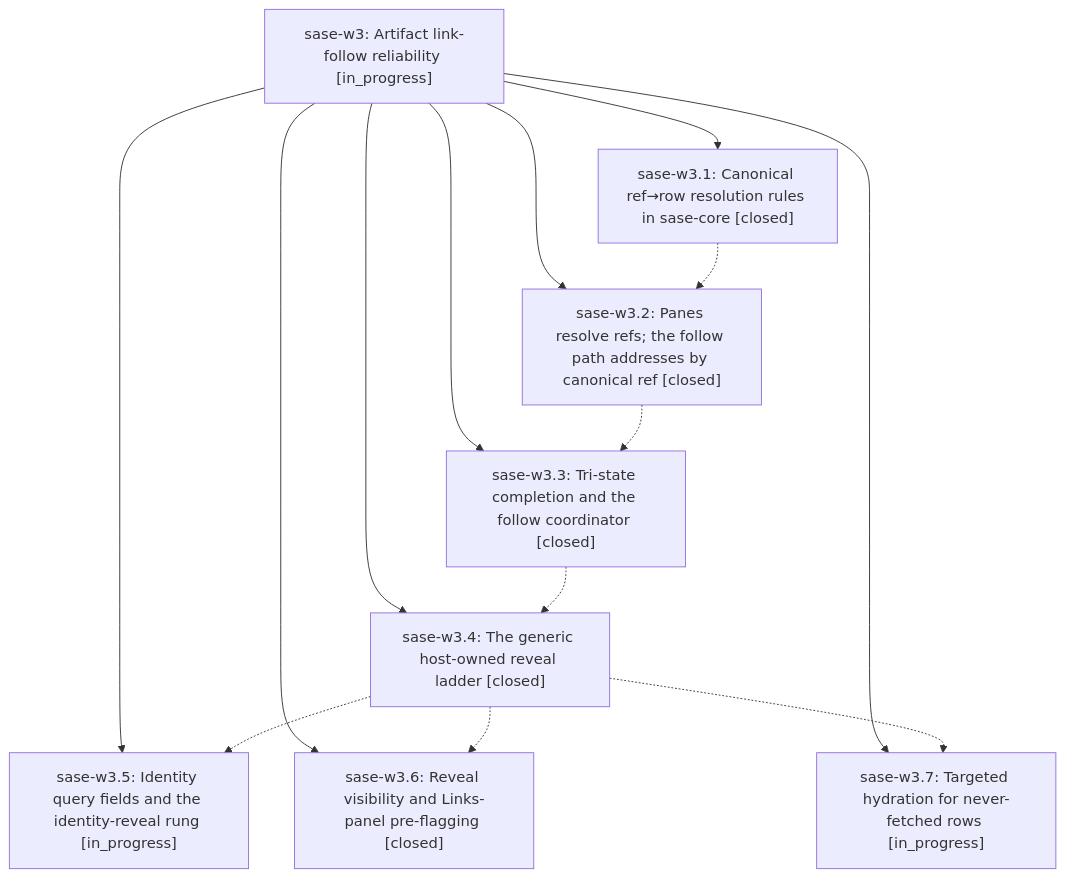
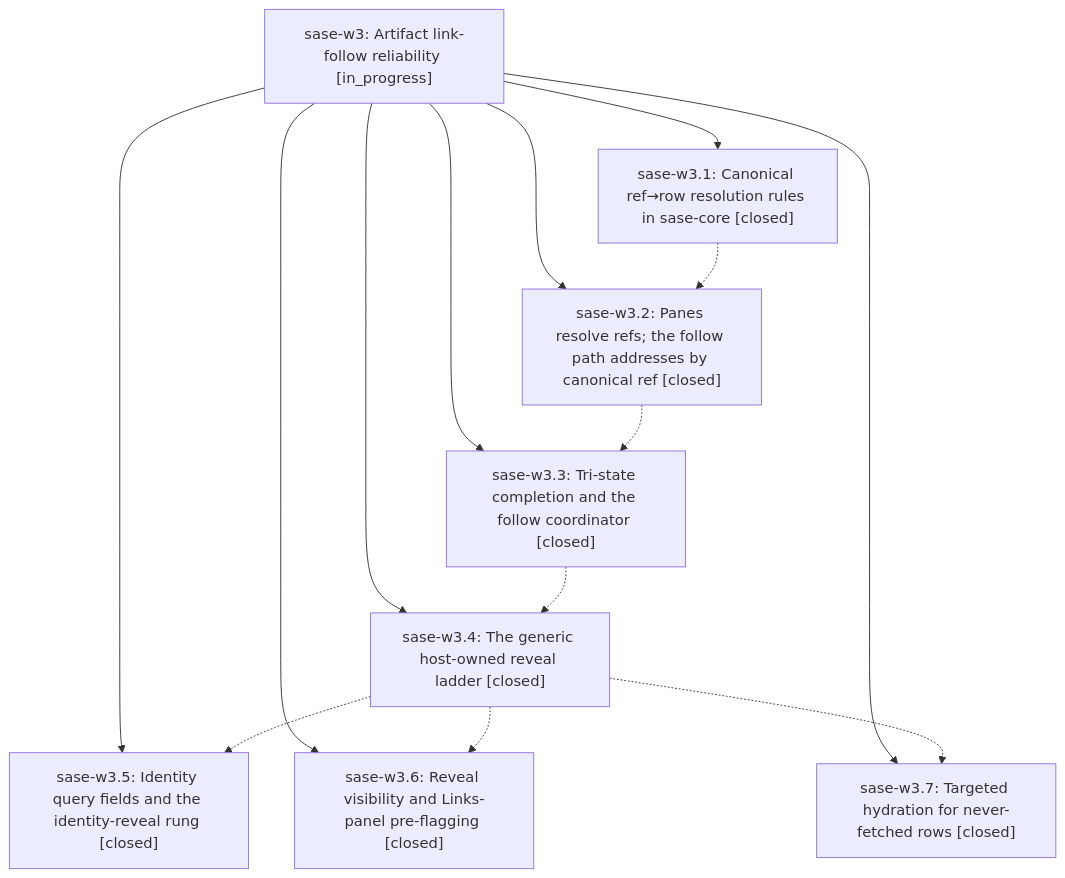
The diagram in pages/sase-w3/README.md (sase-org/sase--beads), drawn with Mermaid before and after one commit. The commit also changed other lines of this file and 3 other files, not shown here.

````diff
--- a/pages/sase-w3/README.md
+++ b/pages/sase-w3/README.md
@@ -40,24 +44,24 @@
 ```mermaid
 flowchart TD
     n0["sase-w3: Artifact link-follow reliability [in_progress]"]
     n1["sase-w3.1: Canonical ref→row resolution rules in sase-core [closed]"]
     n2["sase-w3.2: Panes resolve refs; the follow path addresses by canonical ref [closed]"]
     n3["sase-w3.3: Tri-state completion and the follow coordinator [closed]"]
     n4["sase-w3.4: The generic host-owned reveal ladder [closed]"]
-    n5["sase-w3.5: Identity query fields and the identity-reveal rung [in_progress]"]
+    n5["sase-w3.5: Identity query fields and the identity-reveal rung [closed]"]
     n6["sase-w3.6: Reveal visibility and Links-panel pre-flagging [closed]"]
-    n7["sase-w3.7: Targeted hydration for never-fetched rows [in_progress]"]
+    n7["sase-w3.7: Targeted hydration for never-fetched rows [closed]"]
     n0 --> n1
     n0 --> n2
     n0 --> n3
     n0 --> n4
     n0 --> n5
     n0 --> n6
     n0 --> n7
     n1 -.-> n2
     n2 -.-> n3
     n3 -.-> n4
     n4 -.-> n5
     n4 -.-> n6
     n4 -.-> n7
 ```
````
